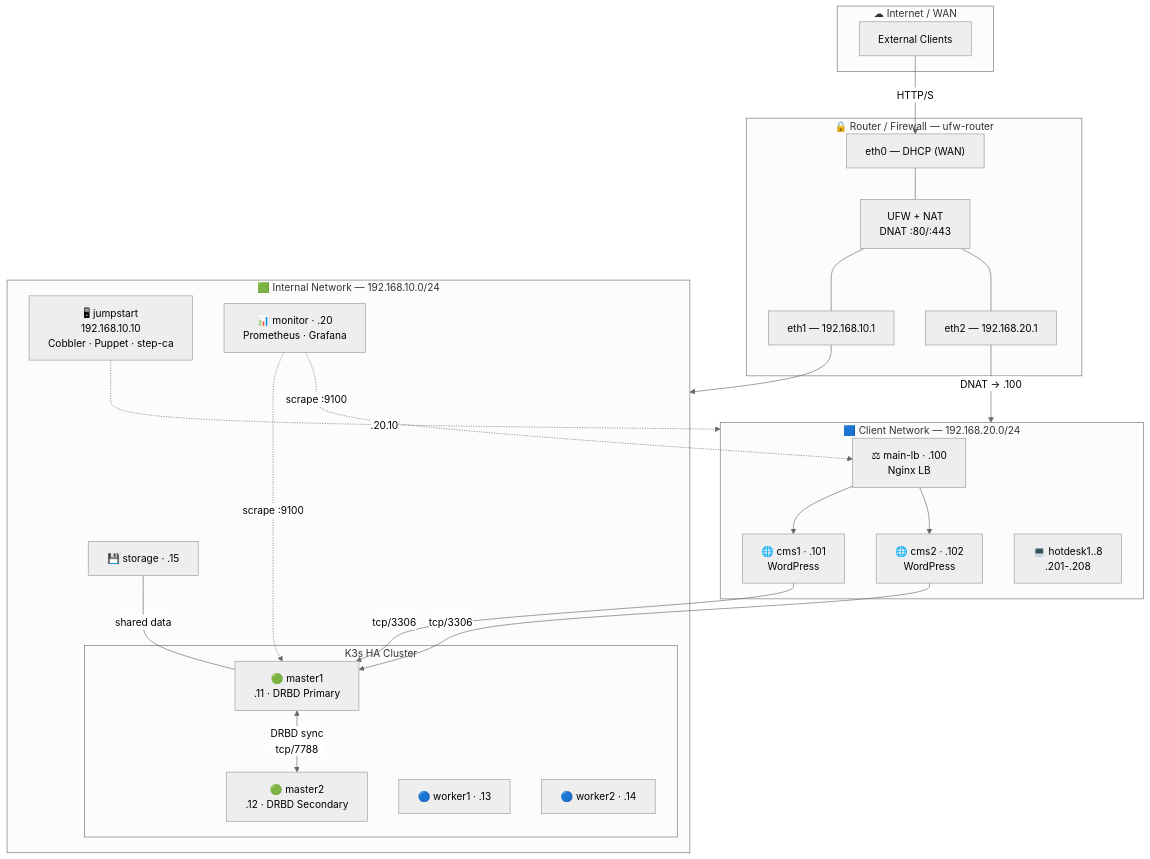
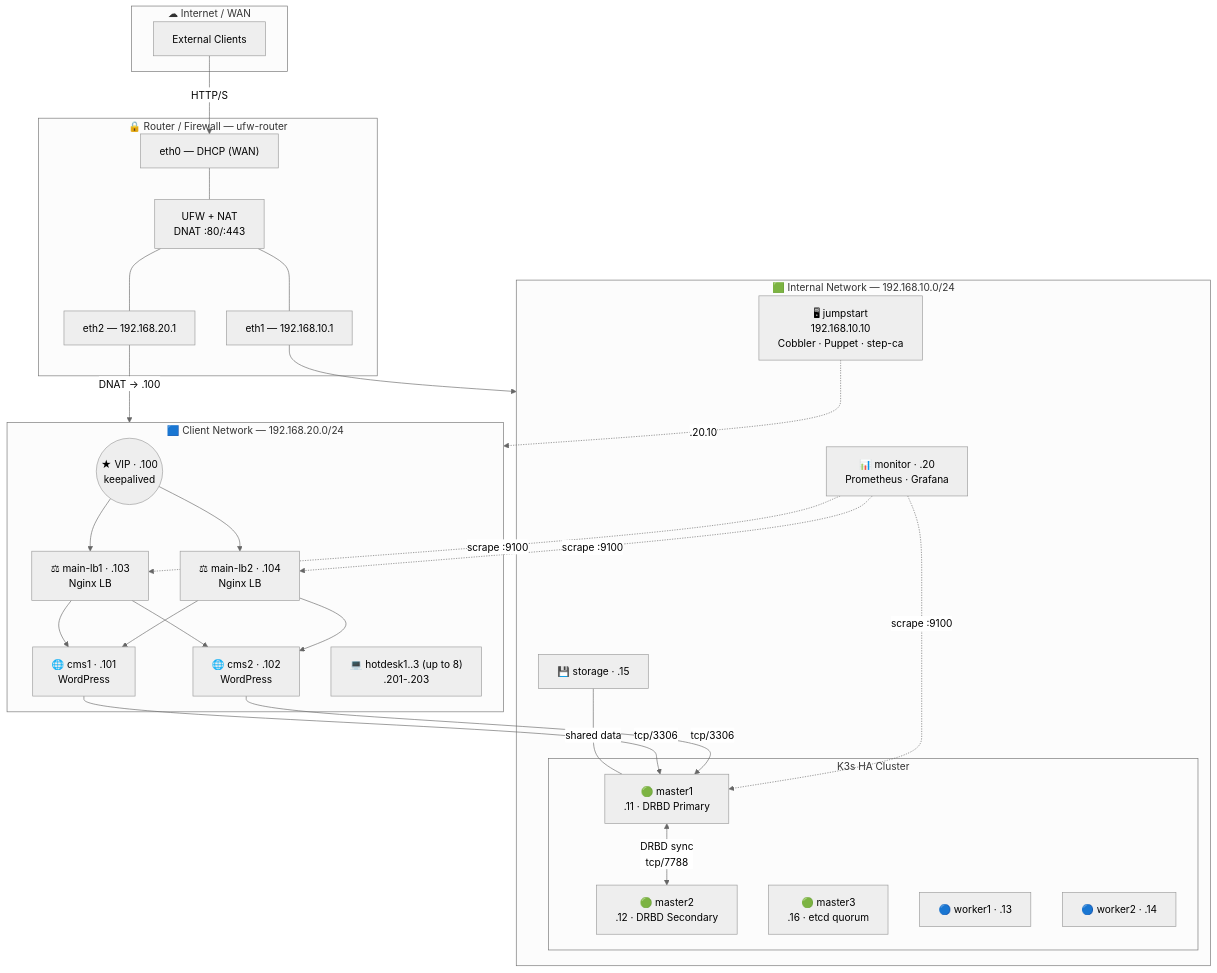
The diagram in docs/PLAN.md (Aitor42/CMS-HA-Infrastructure), drawn with Mermaid (neutral theme) before and after one commit. The commit also changed other lines of this file and 4 other files, not shown here.

````diff
--- a/docs/PLAN.md
+++ b/docs/PLAN.md
@@ -148,51 +153,59 @@
 ```mermaid
 graph TB
     subgraph WAN["☁ Internet / WAN"]
         INET["External Clients"]
     end
 
     subgraph ROUTER["🔒 Router / Firewall — ufw-router"]
         R_ETH0["eth0 — DHCP (WAN)"]
         R_FW["UFW + NAT<br/>DNAT :80/:443"]
         R_ETH1["eth1 — 192.168.10.1"]
         R_ETH2["eth2 — 192.168.20.1"]
         R_ETH0 --- R_FW
         R_FW --- R_ETH1
         R_FW --- R_ETH2
     end
 
     subgraph INTERNAL["🟩 Internal Network — 192.168.10.0/24"]
         JS["🖥 jumpstart<br/>192.168.10.10<br/>Cobbler · Puppet · step-ca"]
 
         subgraph K3S["K3s HA Cluster"]
             M1["🟢 master1<br/>.11 · DRBD Primary"]
             M2["🟢 master2<br/>.12 · DRBD Secondary"]
+            M3["🟢 master3<br/>.16 · etcd quorum"]
             W1["🔵 worker1 · .13"]
             W2["🔵 worker2 · .14"]
         end
 
         ST["💾 storage · .15"]
         MON["📊 monitor · .20<br/>Prometheus · Grafana"]
     end
 
     subgraph MAIN["🟦 Client Network — 192.168.20.0/24"]
-        LB["⚖ main-lb · .100<br/>Nginx LB"]
+        VIP(("★ VIP · .100<br/>keepalived"))
+        LB1["⚖ main-lb1 · .103<br/>Nginx LB"]
+        LB2["⚖ main-lb2 · .104<br/>Nginx LB"]
         CMS1["🌐 cms1 · .101<br/>WordPress"]
         CMS2["🌐 cms2 · .102<br/>WordPress"]
-        HD["💻 hotdesk1..8<br/>.201-.208"]
+        HD["💻 hotdesk1..3 (up to 8)<br/>.201-.203"]
     end
 
     INET -->|"HTTP/S"| R_ETH0
     R_ETH1 --> INTERNAL
     R_ETH2 -->|"DNAT → .100"| MAIN
     JS -.->|".20.10"| MAIN
 
     M1 <-->|"DRBD sync<br/>tcp/7788"| M2
     ST ---|"shared data"| M1
-    LB --> CMS1
-    LB --> CMS2
+    VIP --> LB1
+    VIP --> LB2
+    LB1 --> CMS1
+    LB1 --> CMS2
+    LB2 --> CMS1
+    LB2 --> CMS2
     CMS1 -->|"tcp/3306"| M1
     CMS2 -->|"tcp/3306"| M1
     MON -.->|"scrape :9100"| M1
-    MON -.->|"scrape :9100"| LB
+    MON -.->|"scrape :9100"| LB1
+    MON -.->|"scrape :9100"| LB2
 ```
````
